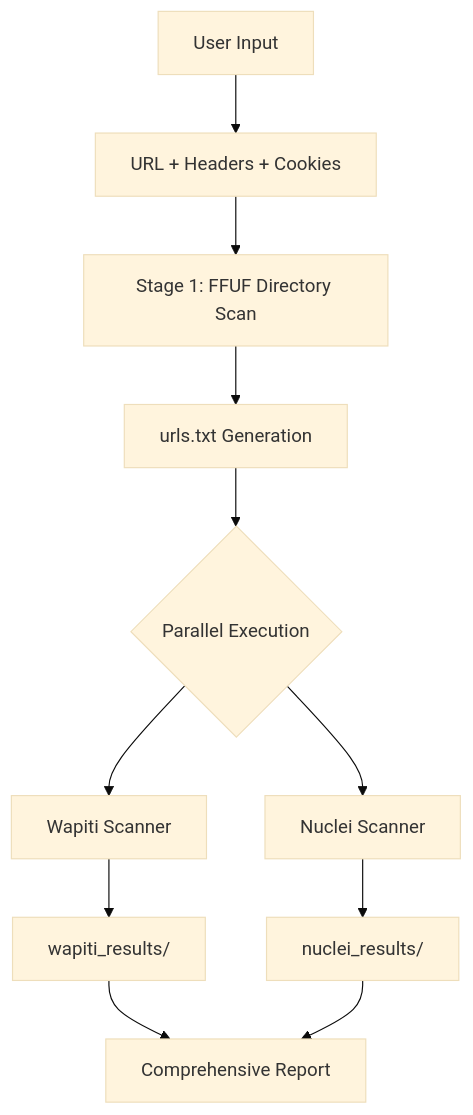
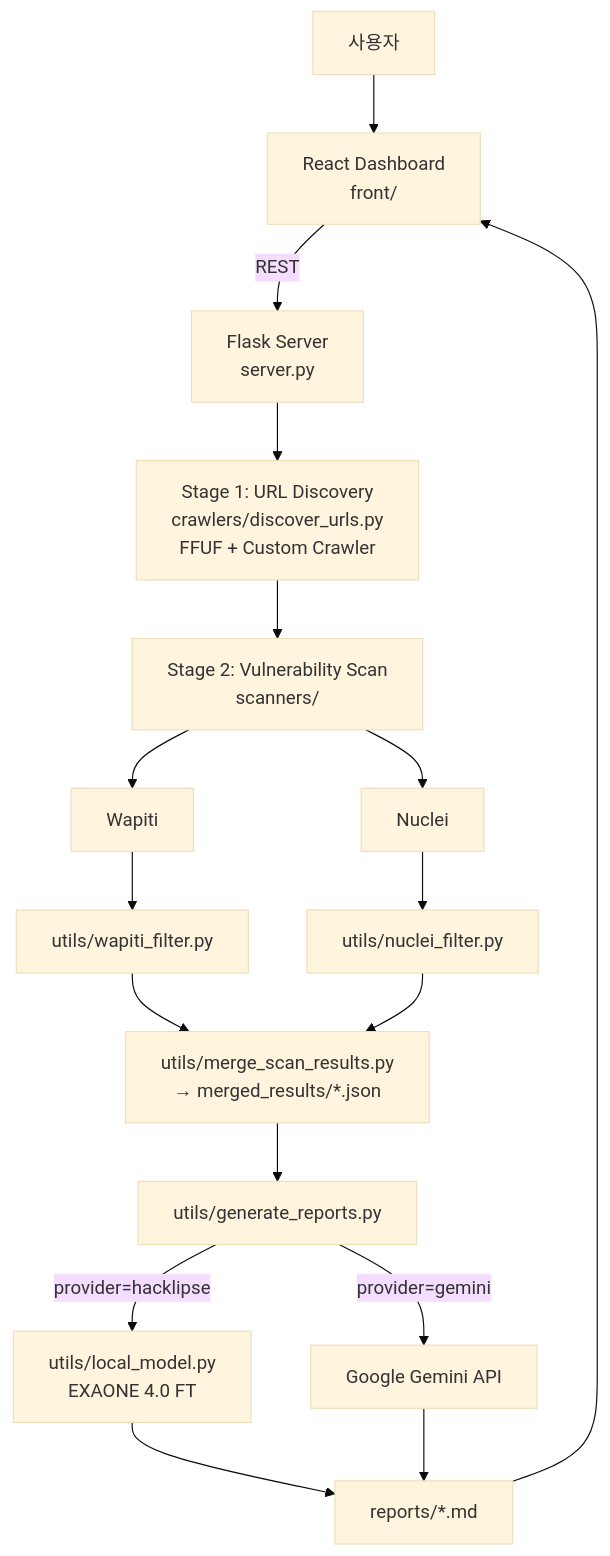
The diagram in README.md (shinjonghyeop/Capstone), drawn with Mermaid (base theme) before and after one commit. The commit also changed other lines of this file and 35 other files, not shown here.

````diff
--- a/README.md
+++ b/README.md
@@ -47,13 +33,22 @@
 ```mermaid
 graph TB
-    A[User Input] --> B[URL + Headers + Cookies]
-    B --> C[Stage 1: FFUF Directory Scan]
-    C --> D[urls.txt Generation]
-    D --> E{Parallel Execution}
-    E --> F[Wapiti Scanner]
-    E --> G[Nuclei Scanner]
-    F --> H[wapiti_results/]
-    G --> I[nuclei_results/]
-    H --> J[Comprehensive Report]
-    I --> J
+    U[사용자] --> FE[React Dashboard<br/>front/]
+    FE -->|REST| API[Flask Server<br/>server.py]
+
+    API --> S1[Stage 1: URL Discovery<br/>crawlers/discover_urls.py<br/>FFUF + Custom Crawler]
+    S1 --> S2[Stage 2: Vulnerability Scan<br/>scanners/]
+    S2 --> W[Wapiti]
+    S2 --> N[Nuclei]
+
+    W --> F[utils/wapiti_filter.py]
+    N --> F2[utils/nuclei_filter.py]
+    F --> M[utils/merge_scan_results.py<br/>→ merged_results/*.json]
+    F2 --> M
+
+    M --> R[utils/generate_reports.py]
+    R -->|provider=hacklipse| L[utils/local_model.py<br/>EXAONE 4.0 FT]
+    R -->|provider=gemini| G[Google Gemini API]
+    L --> RPT[reports/*.md]
+    G --> RPT
+    RPT --> FE
 ```
````
